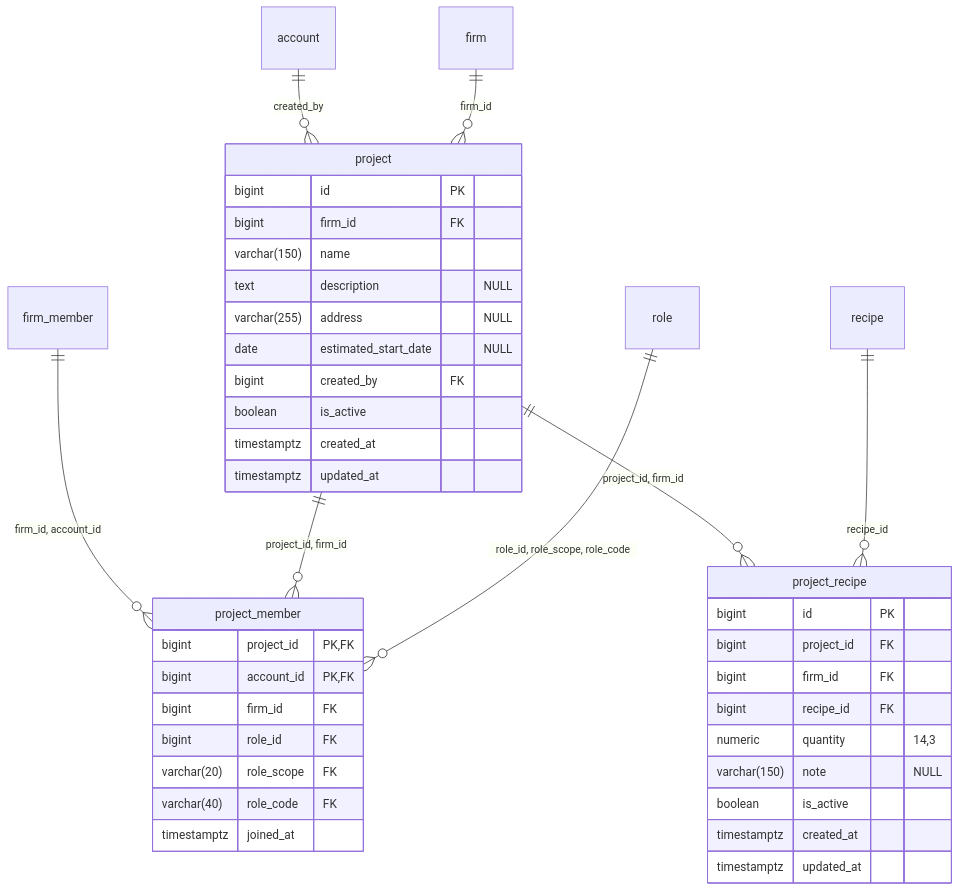
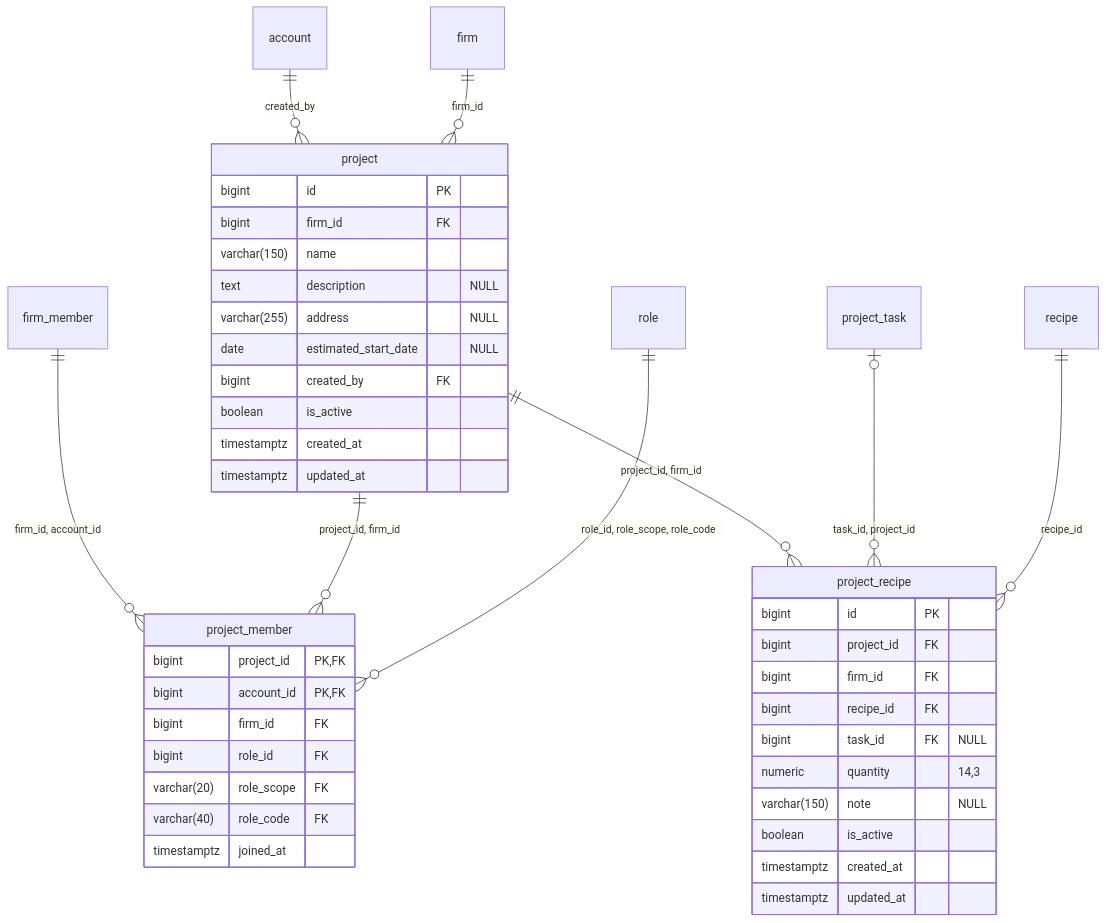
Before and after one commit to uca-argentina/pid-2026-doblews: the fourth of 6 diagrams in docs/der.md, drawn with Mermaid. The commit also changed other lines of this file and 4 other files, not shown here.

Commit message:
feat: add project_task model and regenerate ERD

````diff
--- a/docs/der.md
+++ b/docs/der.md
@@ -361,43 +381,45 @@
 ```mermaid
 erDiagram
     project {
         bigint id PK
         bigint firm_id FK
         varchar(150) name
         text description "NULL"
         varchar(255) address "NULL"
         date estimated_start_date "NULL"
         bigint created_by FK
         boolean is_active
         timestamptz created_at
         timestamptz updated_at
     }
     project_member {
         bigint project_id PK, FK
         bigint account_id PK, FK
         bigint firm_id FK
         bigint role_id FK
         varchar(20) role_scope FK
         varchar(40) role_code FK
         timestamptz joined_at
     }
     project_recipe {
         bigint id PK
         bigint project_id FK
         bigint firm_id FK
         bigint recipe_id FK
+        bigint task_id FK "NULL"
         numeric quantity "14,3"
         varchar(150) note "NULL"
         boolean is_active
         timestamptz created_at
         timestamptz updated_at
     }
 
     account ||--o{ project : "created_by"
     firm ||--o{ project : "firm_id"
     firm_member ||--o{ project_member : "firm_id, account_id"
     project ||--o{ project_member : "project_id, firm_id"
     role ||--o{ project_member : "role_id, role_scope, role_code"
     project ||--o{ project_recipe : "project_id, firm_id"
+    project_task |o--o{ project_recipe : "task_id, project_id"
     recipe ||--o{ project_recipe : "recipe_id"
 ```
````
